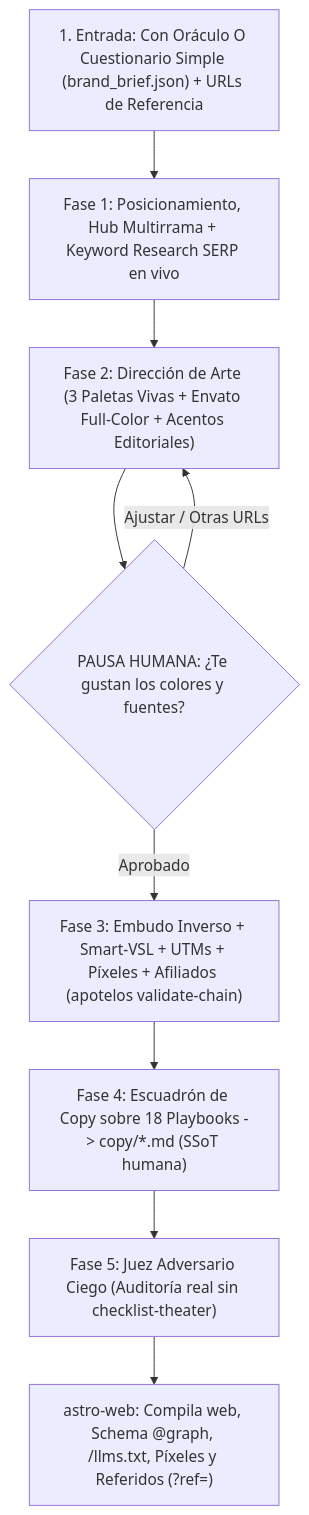
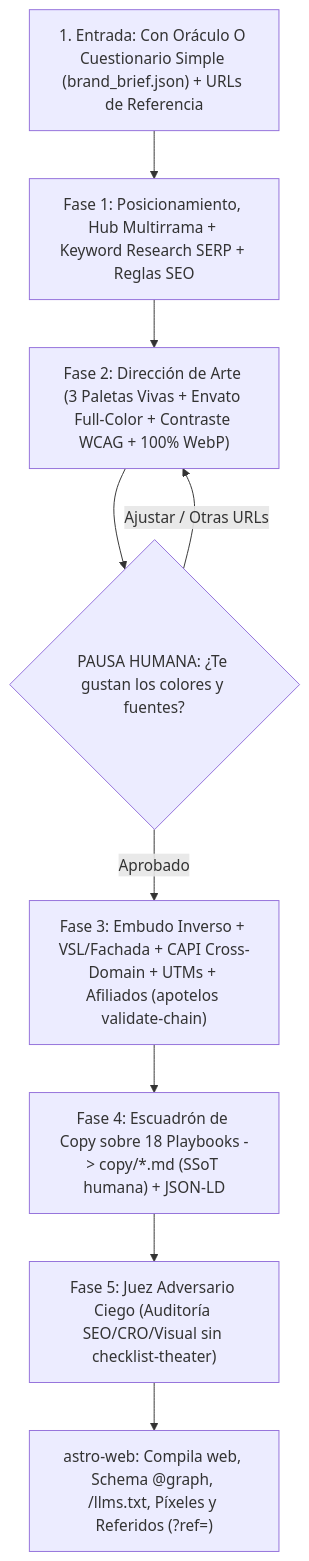
Before and after one commit to baiosfera/zerops-astrobranding: the diagram in blueprints/MANUAL_BRAND_STUDIO.md, drawn with Mermaid. The commit also changed other lines of this file and 6 other files, not shown here.

Commit message:
feat(brand-studio): add v1.2 holistic archetypes, cross-domain CAPI bridge, and single ecosystem SSoT

````diff
--- a/blueprints/MANUAL_BRAND_STUDIO.md
+++ b/blueprints/MANUAL_BRAND_STUDIO.md
@@ -9,11 +9,11 @@
 ```mermaid
 flowchart TD
-    IN["1. Entrada: Con Oráculo O Cuestionario Simple (brand_brief.json) + URLs de Referencia"] --> F1["Fase 1: Posicionamiento, Hub Multirrama + Keyword Research SERP en vivo"]
-    F1 --> F2["Fase 2: Dirección de Arte (3 Paletas Vivas + Envato Full-Color + Acentos Editoriales)"]
+    IN["1. Entrada: Con Oráculo O Cuestionario Simple (brand_brief.json) + URLs de Referencia"] --> F1["Fase 1: Posicionamiento, Hub Multirrama + Keyword Research SERP + Reglas SEO"]
+    F1 --> F2["Fase 2: Dirección de Arte (3 Paletas Vivas + Envato Full-Color + Contraste WCAG + 100% WebP)"]
     F2 --> GATE{"PAUSA HUMANA: ¿Te gustan los colores y fuentes?"}
     GATE -- "Ajustar / Otras URLs" --> F2
-    GATE -- "Aprobado" --> F3["Fase 3: Embudo Inverso + Smart-VSL + UTMs + Píxeles + Afiliados (apotelos validate-chain)"]
-    F3 --> F4["Fase 4: Escuadrón de Copy sobre 18 Playbooks -> copy/*.md (SSoT humana)"]
-    F4 --> F5["Fase 5: Juez Adversario Ciego (Auditoría real sin checklist-theater)"]
+    GATE -- "Aprobado" --> F3["Fase 3: Embudo Inverso + VSL/Fachada + CAPI Cross-Domain + UTMs + Afiliados (apotelos validate-chain)"]
+    F3 --> F4["Fase 4: Escuadrón de Copy sobre 18 Playbooks -> copy/*.md (SSoT humana) + JSON-LD"]
+    F4 --> F5["Fase 5: Juez Adversario Ciego (Auditoría SEO/CRO/Visual sin checklist-theater)"]
     F5 --> WEB["astro-web: Compila web, Schema @graph, /llms.txt, Píxeles y Referidos (?ref=)"]
 ```
````
